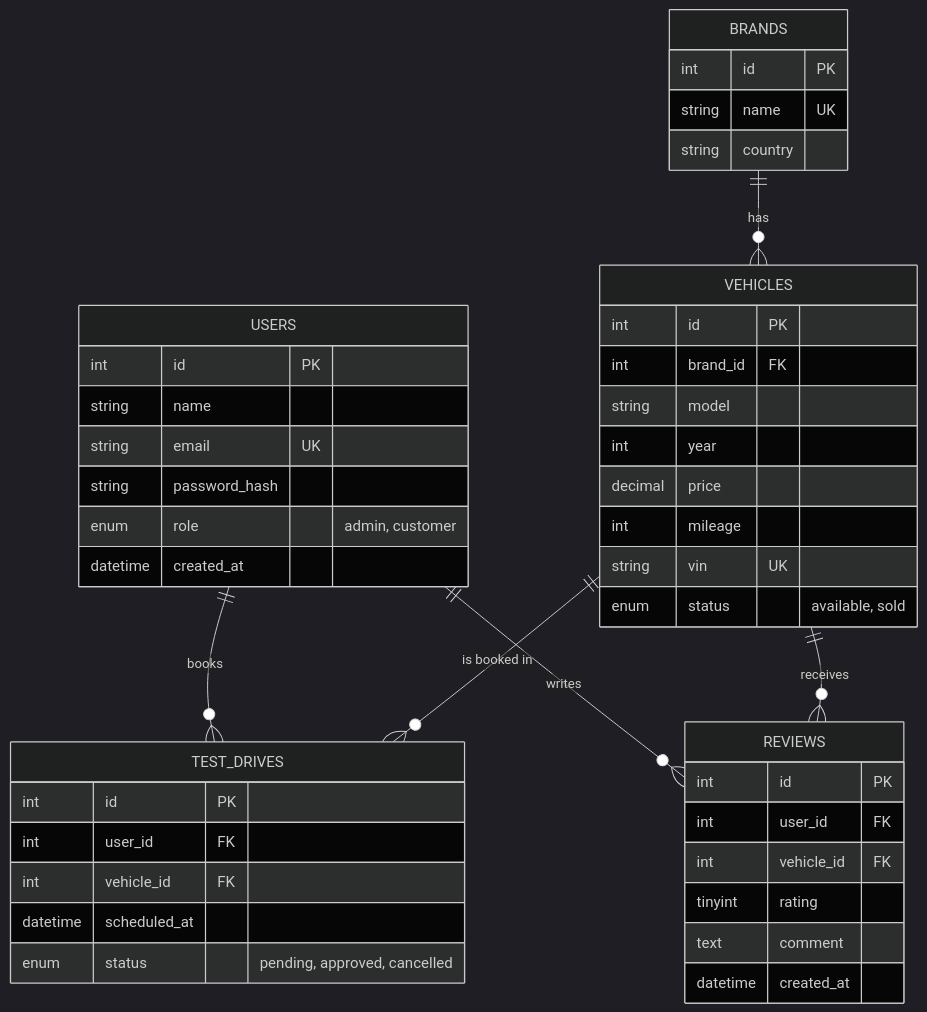
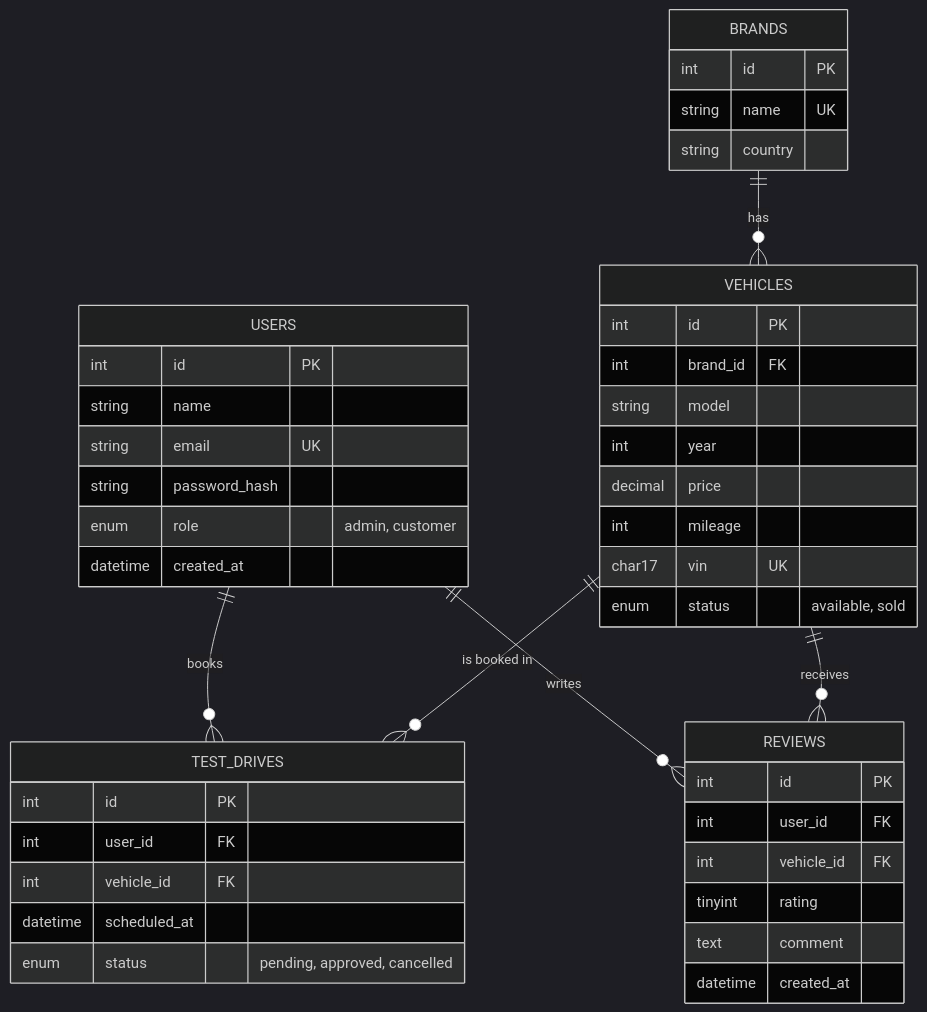
The diagram in docs/ERD.md (Mehostein2003/AdnanMehmedovicWebProject), drawn with Mermaid (dark theme) before and after one commit. The commit also changed other lines of this file and 14 other files, not shown here.

````diff
--- a/docs/ERD.md
+++ b/docs/ERD.md
@@ -5,47 +5,47 @@
 ```mermaid
 erDiagram
     USERS ||--o{ TEST_DRIVES : books
     USERS ||--o{ REVIEWS : writes
     BRANDS ||--o{ VEHICLES : has
     VEHICLES ||--o{ TEST_DRIVES : "is booked in"
     VEHICLES ||--o{ REVIEWS : receives
 
     USERS {
         int id PK
         string name
         string email UK
         string password_hash
         enum role "admin, customer"
         datetime created_at
     }
     BRANDS {
         int id PK
         string name UK
         string country
     }
     VEHICLES {
         int id PK
         int brand_id FK
         string model
         int year
         decimal price
         int mileage
-        string vin UK
+        char17 vin UK
         enum status "available, sold"
     }
     TEST_DRIVES {
         int id PK
         int user_id FK
         int vehicle_id FK
         datetime scheduled_at
         enum status "pending, approved, cancelled"
     }
     REVIEWS {
         int id PK
         int user_id FK
         int vehicle_id FK
         tinyint rating
         text comment
         datetime created_at
     }
 ```
````
